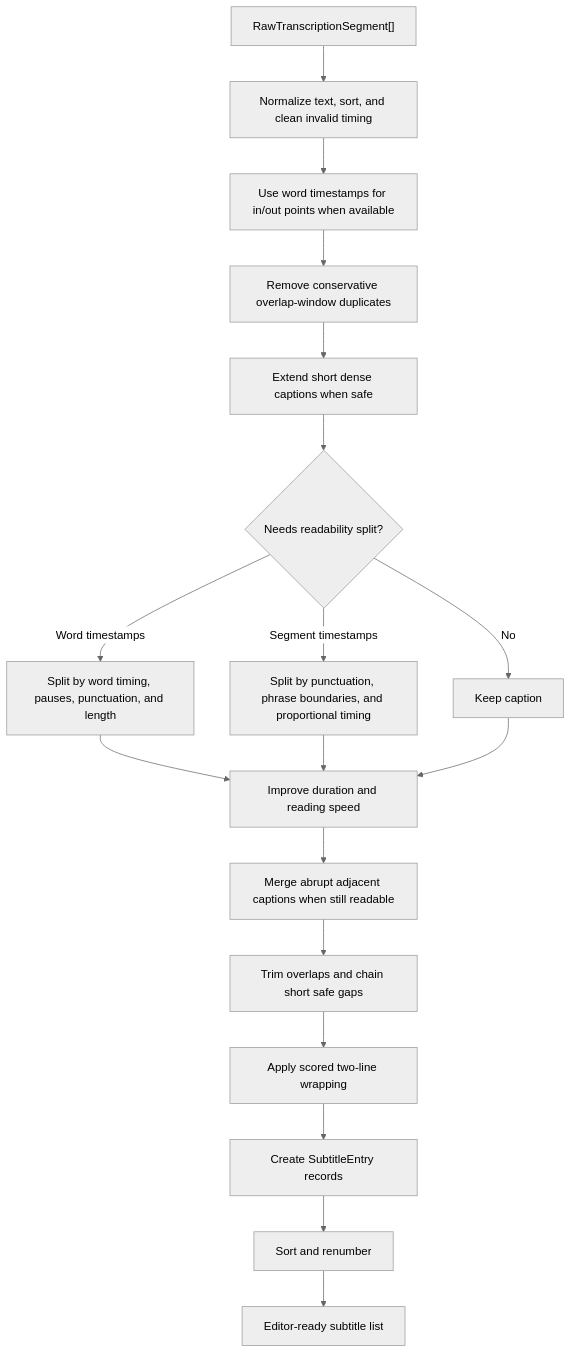
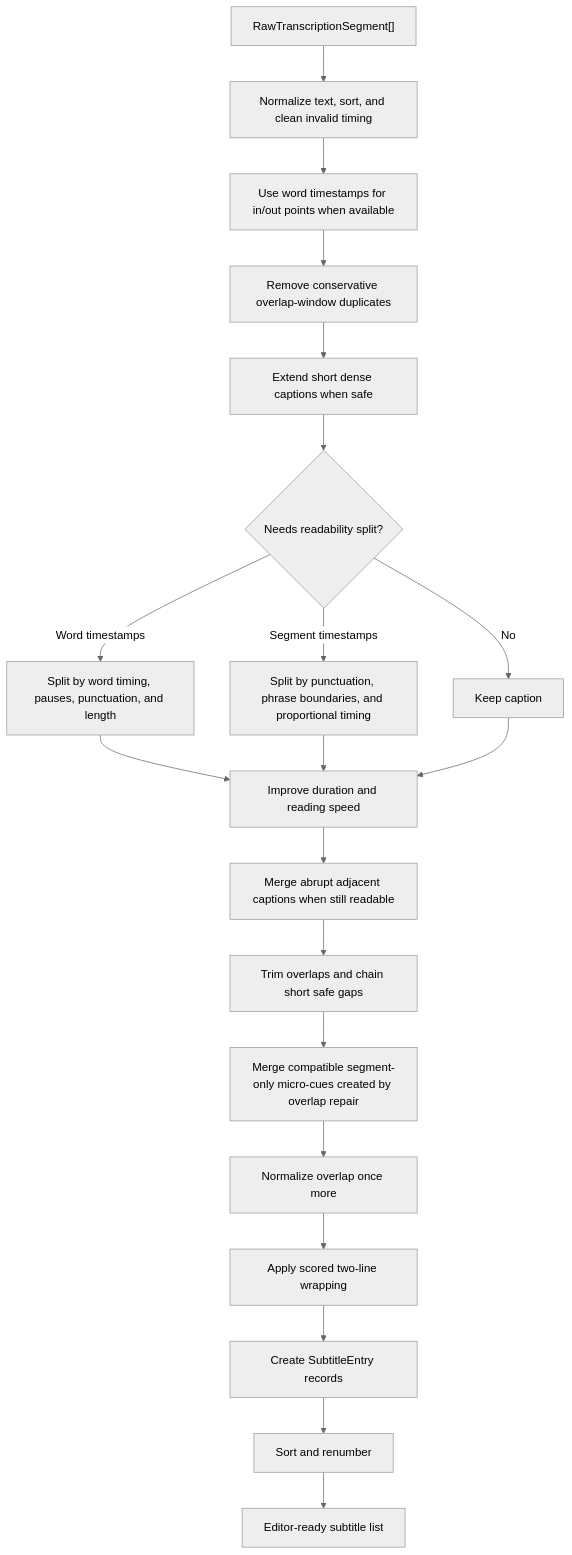
The eighth of 18 diagrams in docs/project-state.md (zxyandreay/auto-subtitle), drawn with Mermaid (neutral theme) before and after one commit. The commit also changed other lines of this file and 38 other files, not shown here.

````diff
--- a/docs/project-state.md
+++ b/docs/project-state.md
@@ -721,20 +736,22 @@
 ```mermaid
 flowchart TD
     Raw["RawTranscriptionSegment[]"] --> Normalize["Normalize text, sort, and clean invalid timing"]
     Normalize --> WordTiming["Use word timestamps for in/out points when available"]
     WordTiming --> Dedupe["Remove conservative overlap-window duplicates"]
     Dedupe --> Extend["Extend short dense captions when safe"]
     Extend --> Split{"Needs readability split?"}
     Split -->|Word timestamps| WordSplit["Split by word timing, pauses, punctuation, and length"]
     Split -->|Segment timestamps| SegmentSplit["Split by punctuation, phrase boundaries, and proportional timing"]
     Split -->|No| Keep["Keep caption"]
     WordSplit --> ReadingSpeed["Improve duration and reading speed"]
     SegmentSplit --> ReadingSpeed
     Keep --> ReadingSpeed
     ReadingSpeed --> SmoothCuts["Merge abrupt adjacent captions when still readable"]
     SmoothCuts --> Overlap["Trim overlaps and chain short safe gaps"]
-    Overlap --> Lines["Apply scored two-line wrapping"]
+    Overlap --> FinalSmooth["Merge compatible segment-only micro-cues created by overlap repair"]
+    FinalSmooth --> FinalOverlap["Normalize overlap once more"]
+    FinalOverlap --> Lines["Apply scored two-line wrapping"]
     Lines --> MakeEntries["Create SubtitleEntry records"]
     MakeEntries --> Sort["Sort and renumber"]
     Sort --> Editor["Editor-ready subtitle list"]
 ```
````
